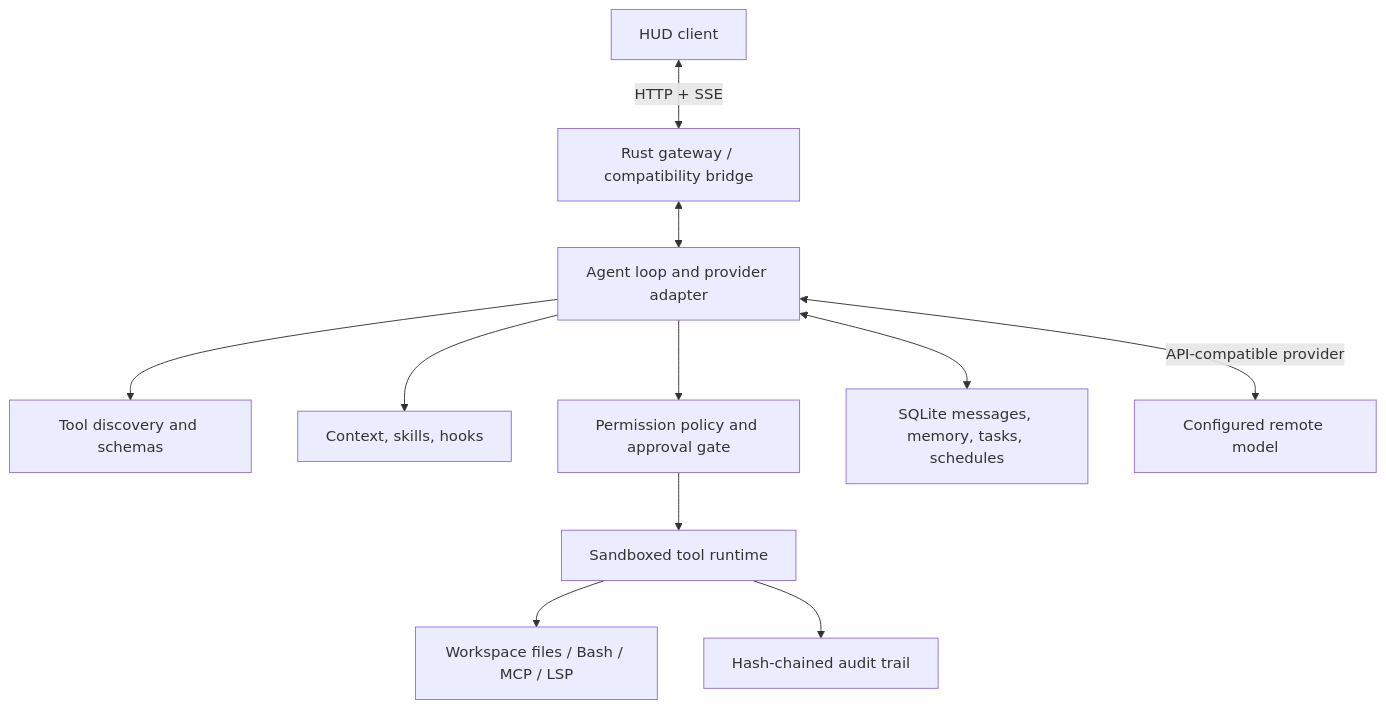
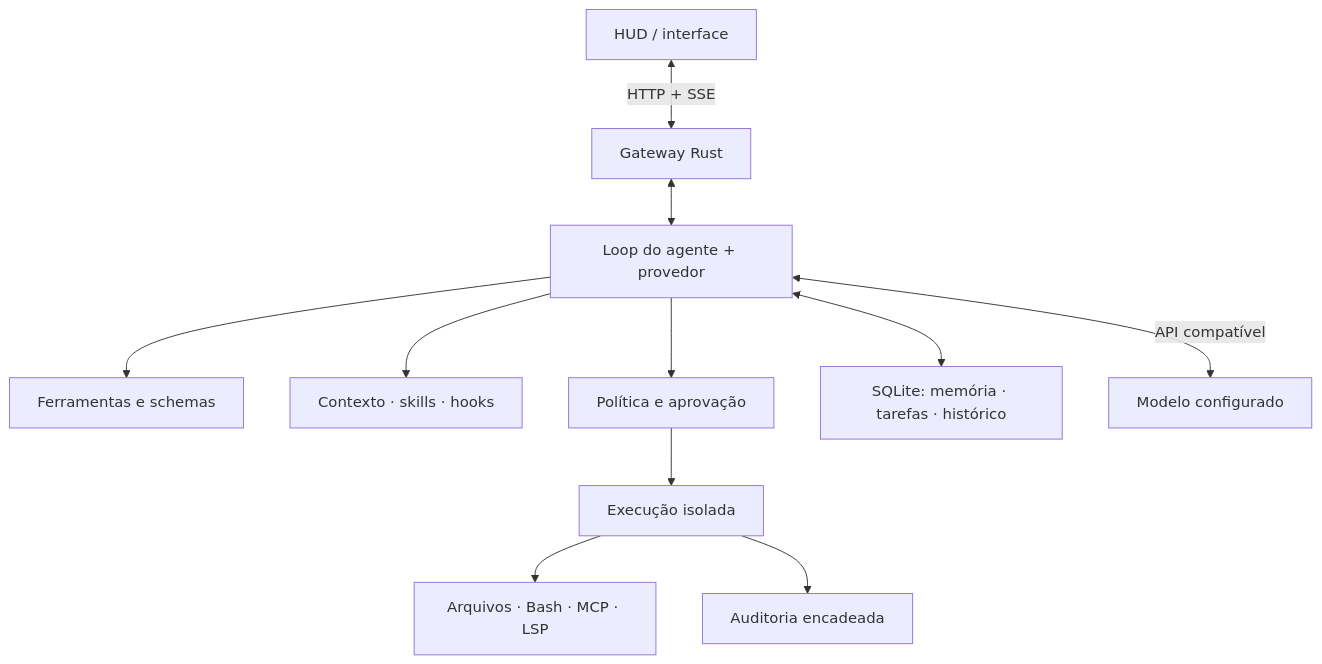
The diagram in README.md (sl7187855-coder/harness-rs), drawn with Mermaid before and after one commit. The commit also changed other lines of this file and 3 other files, not shown here.

```diff
--- a/README.md
+++ b/README.md
@@ -42,13 +164,13 @@
 ~~~mermaid
 flowchart TD
-  HUD["HUD client"] <-->|"HTTP + SSE"| GW["Rust gateway / compatibility bridge"]
-  GW <--> AG["Agent loop and provider adapter"]
-  AG --> DISC["Tool discovery and schemas"]
-  AG --> CTX["Context, skills, hooks"]
-  AG --> POL["Permission policy and approval gate"]
-  POL --> SAN["Sandboxed tool runtime"]
-  SAN --> FS["Workspace files / Bash / MCP / LSP"]
-  AG <--> DB["SQLite messages, memory, tasks, schedules"]
-  SAN --> AUD["Hash-chained audit trail"]
-  AG <-->|"API-compatible provider"| MODEL["Configured remote model"]
+  HUD["HUD / interface"] <-->|"HTTP + SSE"| GW["Gateway Rust"]
+  GW <--> AG["Loop do agente + provedor"]
+  AG --> TOOLS["Ferramentas e schemas"]
+  AG --> CTX["Contexto · skills · hooks"]
+  AG --> POLICY["Política e aprovação"]
+  POLICY --> SANDBOX["Execução isolada"]
+  SANDBOX --> OS["Arquivos · Bash · MCP · LSP"]
+  AG <--> DB["SQLite: memória · tarefas · histórico"]
+  SANDBOX --> AUDIT["Auditoria encadeada"]
+  AG <-->|"API compatível"| MODEL["Modelo configurado"]
 ~~~
```
